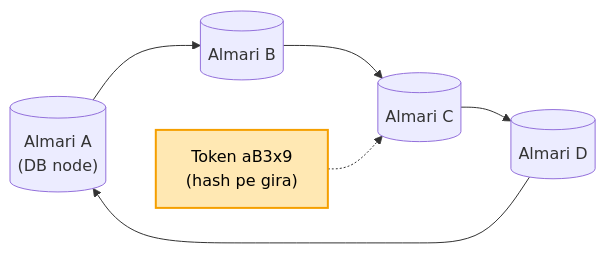
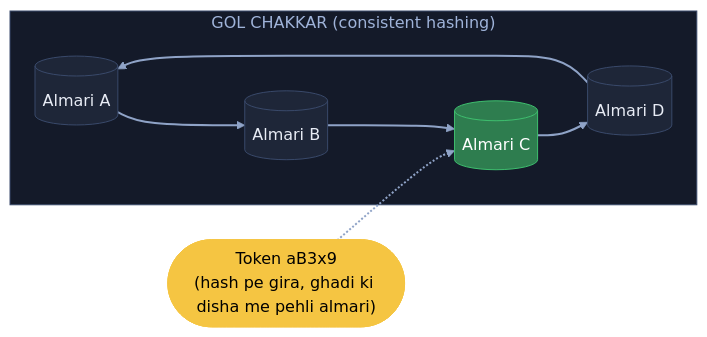
One commit to ArpanMaheshwari144/Prep changed the eighth of 13 diagrams in 04_HLD/SYSTEM_DESIGNS/01_url_shortener/01_url_shortener.md. Above: the diagram before and after it, drawn with Mermaid. The commit also changed other lines of this file, not shown here.

Commit message:
URL shortener: 13 diagram YouTube (reel) wale card andaaz me

````diff
--- a/04_HLD/SYSTEM_DESIGNS/01_url_shortener/01_url_shortener.md
+++ b/04_HLD/SYSTEM_DESIGNS/01_url_shortener/01_url_shortener.md
@@ -170,9 +248,21 @@
 ```mermaid
 flowchart LR
-    A[("Almari A<br/>(DB node)")] --> B[("Almari B")]
-    B --> C[("Almari C")]
-    C --> D[("Almari D")]
+    subgraph RING["GOL CHAKKAR (consistent hashing)"]
+        A[("Almari A")]:::card
+        B[("Almari B")]:::card
+        C[("Almari C")]:::good
+        D[("Almari D")]:::card
+    end
+    A --> B
+    B --> C
+    C --> D
     D --> A
-    T["Token aB3x9<br/>(hash pe gira)"] -.-> C
-    style T fill:#ffe8b3,stroke:#f59f00,stroke-width:2px,color:#000
+    T(["Token aB3x9<br/>(hash pe gira, ghadi ki disha me pehli almari)"]):::pill
+    T -.-> C
+    linkStyle default stroke:#8fa3c7,stroke-width:2px
+    classDef card fill:#1e2638,stroke:#3a4a6b,color:#e8ecf5
+    classDef pill fill:#f5c542,stroke:#f5c542,color:#000
+    classDef good fill:#2e7d4f,stroke:#3fbf6f,color:#fff
+    classDef bad fill:#5c1f24,stroke:#e05561,color:#fff
+    style RING fill:#141a29,stroke:#3a4a6b,color:#9fb3d9
 ```
````
